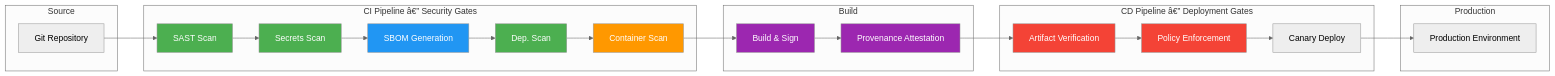
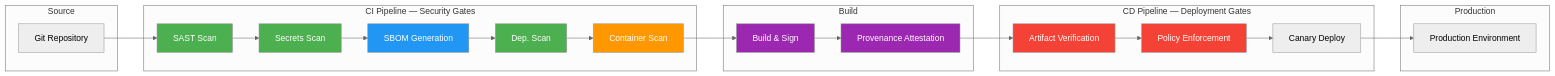
The third of 5 diagrams in docs/courses/cyber-security/16-supply-chain-cicd.md (Raushan666java/ai-engineering-journey), drawn with Mermaid (neutral theme) before and after one commit. The commit also changed other lines of this file and 965 other files, not shown here.

````diff
--- a/docs/courses/cyber-security/16-supply-chain-cicd.md
+++ b/docs/courses/cyber-security/16-supply-chain-cicd.md
@@ -1204,47 +1204,47 @@
 ```mermaid
 flowchart LR
     subgraph Source
         A[Git Repository]
     end
-    subgraph CI_Pipeline["CI Pipeline â€” Security Gates"]
+    subgraph CI_Pipeline["CI Pipeline — Security Gates"]
         B[SAST Scan]
         C[Secrets Scan]
         D[SBOM Generation]
         E[Dep. Scan]
         F[Container Scan]
     end
     subgraph Build
         G[Build & Sign]
         H[Provenance Attestation]
     end
-    subgraph CD_Pipeline["CD Pipeline â€” Deployment Gates"]
+    subgraph CD_Pipeline["CD Pipeline — Deployment Gates"]
         I[Artifact Verification]
         J[Policy Enforcement]
         K[Canary Deploy]
     end
     subgraph Production
         L[Production Environment]
     end
 
     A --> B
     B --> C
     C --> D
     D --> E
     E --> F
     F --> G
     G --> H
     H --> I
     I --> J
     J --> K
     K --> L
 
     style B fill:#4CAF50,color:#fff
     style C fill:#4CAF50,color:#fff
     style D fill:#2196F3,color:#fff
     style E fill:#4CAF50,color:#fff
     style F fill:#FF9800,color:#fff
     style G fill:#9C27B0,color:#fff
     style H fill:#9C27B0,color:#fff
     style I fill:#f44336,color:#fff
     style J fill:#f44336,color:#fff
 ```
````
